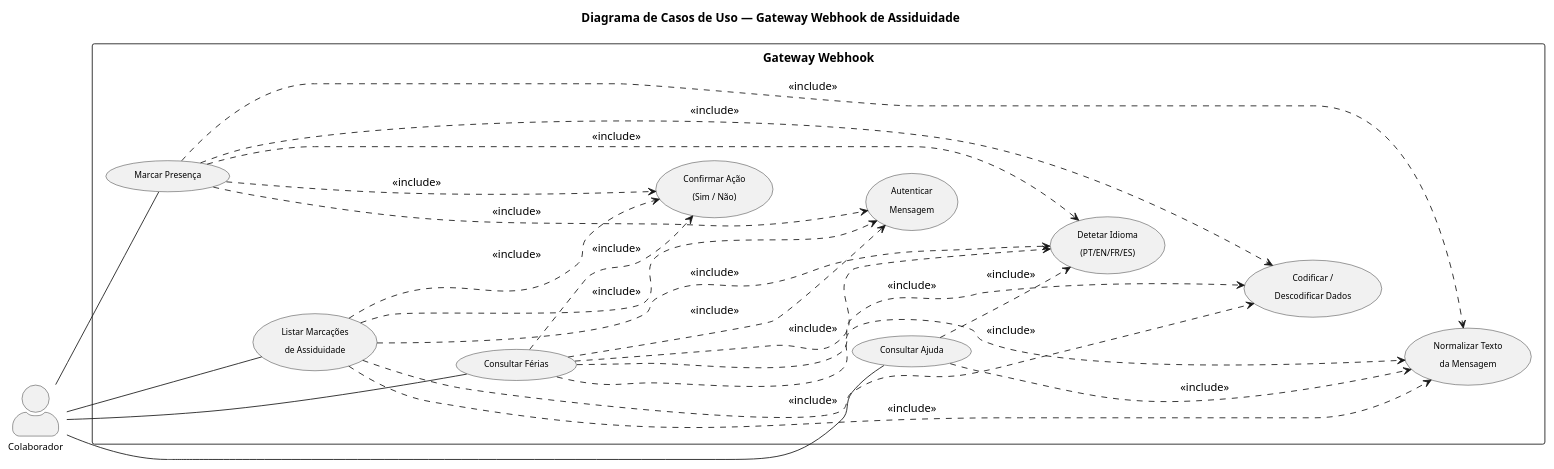
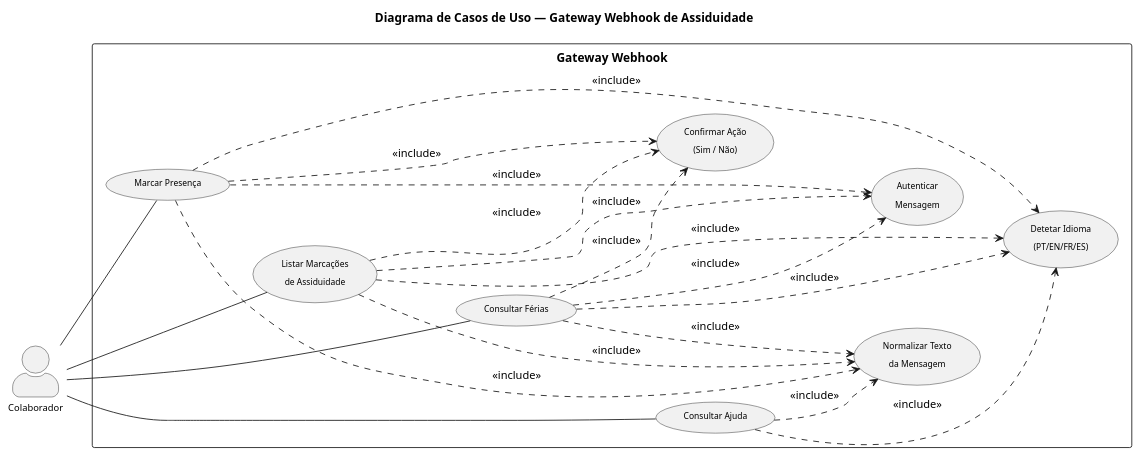
The diagram in Architecture-UML/01_caso_de_uso.puml (DVilela05/Estagio_ELO), drawn with PlantUML before and after one commit. The commit also changed 1 other file, not shown here.

Commit message:
feat: update use case and logical view diagrams for improved clarity and structure

```diff
--- a/Architecture-UML/01_caso_de_uso.puml
+++ b/Architecture-UML/01_caso_de_uso.puml
@@ -1,76 +1,75 @@
 @startuml caso_de_uso
 skinparam backgroundColor #FFFFFF
 skinparam shadowing false
 skinparam defaultFontName "Segoe UI"
 skinparam actorStyle awesome
 skinparam packageStyle rectangle
 skinparam usecaseFontSize 10
 skinparam actorFontSize 11
 skinparam nodesep 15
 skinparam ranksep 25
 skinparam padding 4
 left to right direction
 
 title Diagrama de Casos de Uso — Gateway Webhook de Assiduidade
 
 actor "Colaborador" as user
 
-rectangle "Gateway Webhook" {
+rectangle "Gateway Webhook\n" {
 
     ' ─── Casos de uso principais ───────────────────────────
     usecase "Marcar Presença" as UC1
     usecase "Listar Marcações\nde Assiduidade" as UC2
     usecase "Consultar Férias" as UC9
     usecase "Consultar Ajuda" as UC3
 
     ' ─── Processos partilhados ─────────────────────────────
     usecase "Confirmar Ação\n(Sim / Não)" as UC4
     usecase "Autenticar\nMensagem" as UC5
     usecase "Detetar Idioma\n(PT/EN/FR/ES)" as UC6
-    usecase "Codificar /\nDescodificar Dados" as UC7
+    
     usecase "Normalizar Texto\nda Mensagem" as UC8
 
     ' ─── Ordenação vertical das colunas ────────────────────
     UC1 -[hidden]down- UC2
     UC2 -[hidden]down- UC9
     UC9 -[hidden]down- UC3
-
     UC4 -[hidden]down- UC5
     UC5 -[hidden]down- UC6
-    UC6 -[hidden]down- UC7
-    UC7 -[hidden]down- UC8
+    
+    
 
     UC1 -[hidden]right- UC4
 
     ' ─── UC1: Marcar Presença (todos os processos) ─────────
     UC1 ..> UC4 : <<include>>
     UC1 ..> UC5 : <<include>>
     UC1 ..> UC6 : <<include>>
-    UC1 ..> UC7 : <<include>>
+    
     UC1 ..> UC8 : <<include>>
 
     ' ─── UC2: Listar Marcações (todos exceto confirmar) ────
     UC2 ..> UC4 : <<include>>
     UC2 ..> UC5 : <<include>>
     UC2 ..> UC6 : <<include>>
-    UC2 ..> UC7 : <<include>>
+    
     UC2 ..> UC8 : <<include>>
 
     ' ─── UC9: Consultar Férias (todos) ─────────────────────
     UC9 ..> UC4 : <<include>>
     UC9 ..> UC5 : <<include>>
     UC9 ..> UC6 : <<include>>
-    UC9 ..> UC7 : <<include>>
+    
     UC9 ..> UC8 : <<include>>
 
     ' ─── UC3: Consultar Ajuda (só idioma e normalização) ───
     UC3 ..> UC6 : <<include>>
     UC3 ..> UC8 : <<include>>
 }
 
 user -- UC1
 user -- UC2
 user -- UC9
 user -- UC3
 
 @enduml
```
